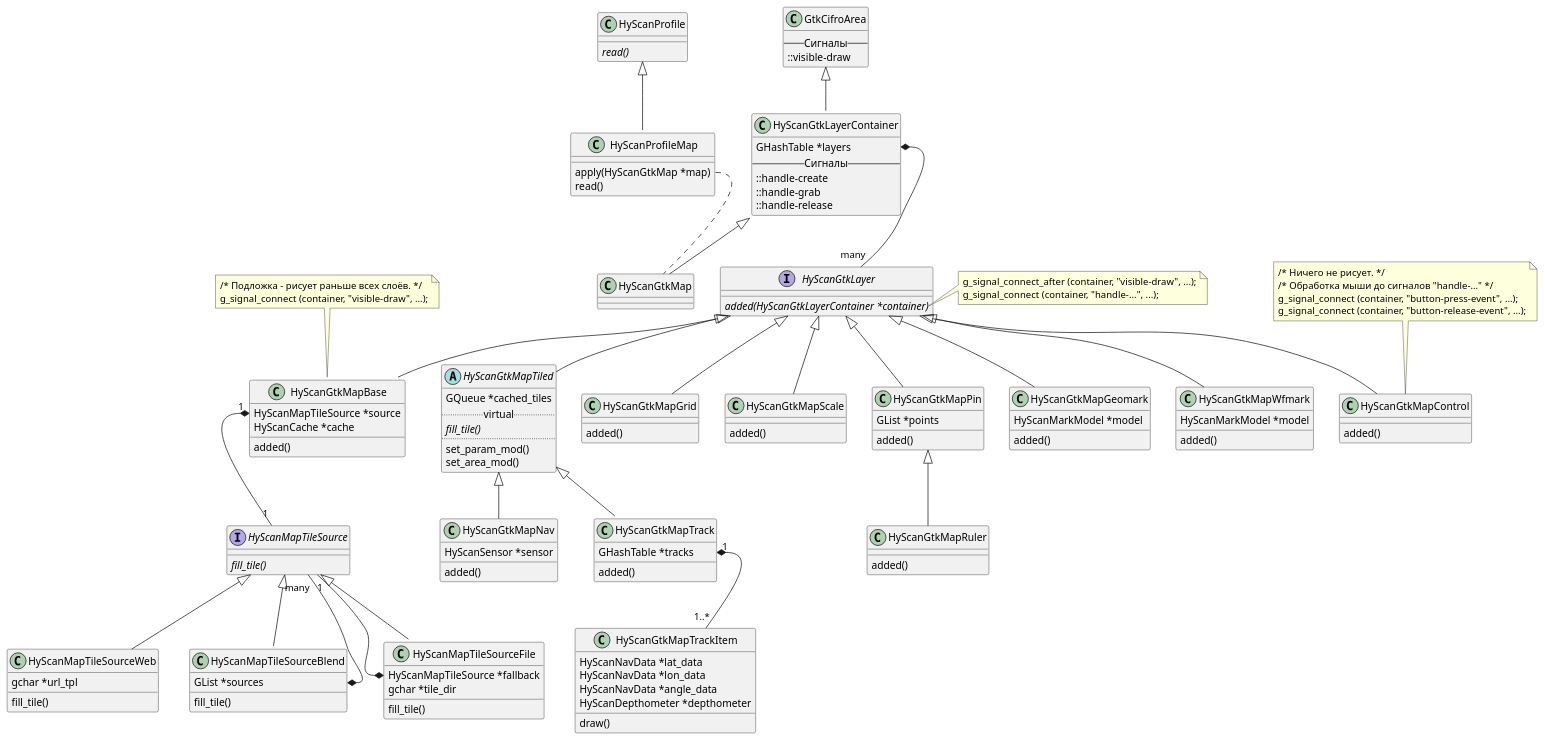
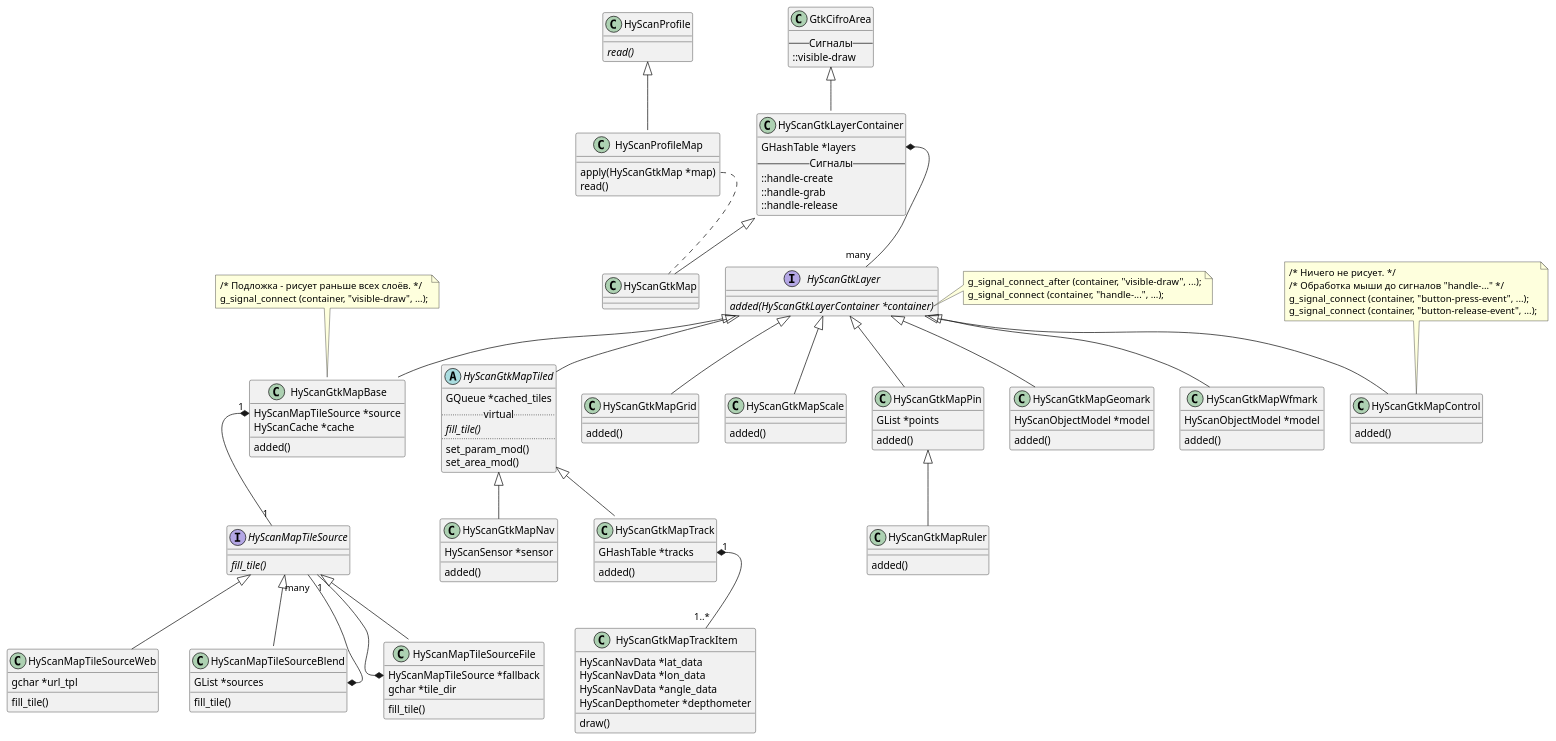
Before and after one commit to screen-co/libhyscangui: the diagram in hyscangui/hyscan-gtk-map.plantuml, drawn with PlantUML. The commit also changed 10 other files, not shown here.

Commit message:
Переименованы классы HyScanMark{Data,Model} -> HyScanObject{Data,Model}

```diff
--- a/hyscangui/hyscan-gtk-map.plantuml
+++ b/hyscangui/hyscan-gtk-map.plantuml
@@ -1,182 +1,182 @@
 @startuml
 
 
 HyScanProfile<|--HyScanProfileMap
 
 GtkCifroArea <|--HyScanGtkLayerContainer
 HyScanGtkLayerContainer <|--HyScanGtkMap
 
 HyScanGtkLayer<|--HyScanGtkMapGeomark
 HyScanGtkLayer<|--HyScanGtkMapWfmark
 HyScanGtkLayer<|--HyScanGtkMapBase
 HyScanGtkLayer<|--HyScanGtkMapTiled
 HyScanGtkLayer<|--HyScanGtkMapGrid
 HyScanGtkLayer<|--HyScanGtkMapScale
 HyScanGtkLayer<|--HyScanGtkMapControl
 HyScanGtkLayer<|--HyScanGtkMapPin
 
 HyScanGtkMapTiled<|--HyScanGtkMapNav
 HyScanGtkMapTiled<|--HyScanGtkMapTrack
 
 HyScanGtkMapPin<|--HyScanGtkMapRuler
 
 HyScanMapTileSource<|--HyScanMapTileSourceFile
 HyScanMapTileSource<|--HyScanMapTileSourceWeb
 HyScanMapTileSource<|--HyScanMapTileSourceBlend
 
 HyScanGtkMapTrack::tracks "1" *-- "1..*" HyScanGtkMapTrackItem
 HyScanGtkMapBase::source "1" *-- "1" HyScanMapTileSource
 HyScanMapTileSourceFile::fallback *-- "1" HyScanMapTileSource
 HyScanMapTileSourceBlend::sources *-- "many" HyScanMapTileSource
 HyScanGtkLayerContainer::layers *-- "many" HyScanGtkLayer
 HyScanProfileMap::apply .. HyScanGtkMap
 
 class HyScanProfile
 {
     {abstract} read()
 }
 
 class HyScanProfileMap
 {
     apply(HyScanGtkMap *map)
     read()
 }
 
 class GtkCifroArea
 {
     -- Сигналы --
     ::visible-draw
 }
 
 class HyScanGtkLayerContainer
 {
     GHashTable *layers
     -- Сигналы --
     ::handle-create
     ::handle-grab
     ::handle-release
 }
 
 class HyScanGtkMapGrid
 {
     {method} added()
 }
 
 class HyScanGtkMapScale
 {
     {method} added()
 }
 
 class HyScanGtkMapPin
 {
     GList *points
     {method} added()
 }
 
 class HyScanGtkMapRuler
 {
     {method} added()
 }
 
 class HyScanGtkMapControl
 {
     {method} added()
 }
 
 class HyScanMapTileSourceFile
 {
     {field} HyScanMapTileSource *fallback
     {field} gchar *tile_dir
     {method} fill_tile()
 }
 
 class HyScanMapTileSourceWeb
 {
     {field} gchar *url_tpl
     {method} fill_tile()
 }
 
 class HyScanMapTileSourceBlend
 {
     {field} GList *sources
     {method} fill_tile()
 }
 
 interface HyScanGtkLayer
 {
     {abstract} added(HyScanGtkLayerContainer *container)
 }
 
 abstract HyScanGtkMapTiled
 {
     {field} GQueue *cached_tiles
     .. virtual ..
     {abstract} fill_tile()
     ..
     set_param_mod()
     set_area_mod()
 }
 
 class HyScanGtkMapNav
 {
     HyScanSensor *sensor
     added()
 }
 
 class HyScanGtkMapBase
 {
     {field} HyScanMapTileSource *source
     {field} HyScanCache *cache
     {method} added()
 }
 
 interface HyScanMapTileSource
 {
     {abstract} fill_tile()
 }
 
 class HyScanGtkMapGeomark
 {
-    {field} HyScanMarkModel *model
+    {field} HyScanObjectModel *model
     {method} added()
 }
 
 class HyScanGtkMapWfmark
 {
-    {field} HyScanMarkModel *model
+    {field} HyScanObjectModel *model
     {method} added()
 }
 
 class HyScanGtkMapTrack
 {
     {field} GHashTable *tracks
     {method} added()
 }
 
 class HyScanGtkMapTrackItem
 {
     HyScanNavData *lat_data
     HyScanNavData *lon_data
     HyScanNavData *angle_data
     HyScanDepthometer *depthometer
     {method} draw()
 }
 
 note right of HyScanGtkLayer::added
   g_signal_connect_after (container, "visible-draw", ...);
   g_signal_connect (container, "handle-...", ...);
 end note
 
 note top of HyScanGtkMapControl
   /* Ничего не рисует. */
   /* Обработка мыши до сигналов "handle-..." */
   g_signal_connect (container, "button-press-event", ...);
   g_signal_connect (container, "button-release-event", ...);
 end note
 
 note top of HyScanGtkMapBase
   /* Подложка - рисует раньше всех слоёв. */
   g_signal_connect (container, "visible-draw", ...);
 end note
 
 @enduml
```
